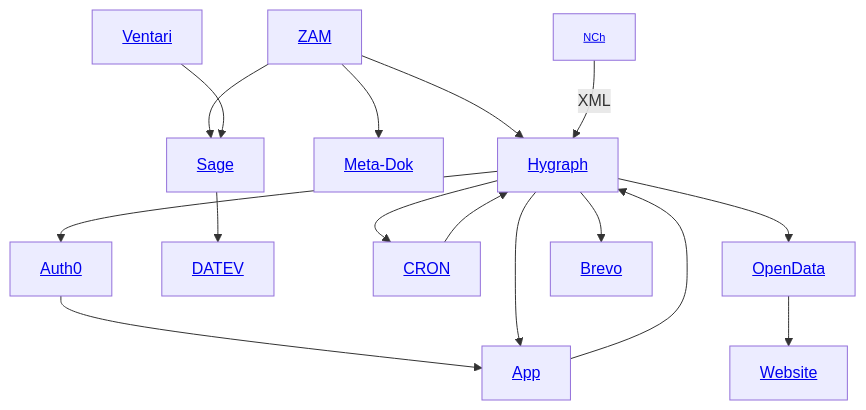
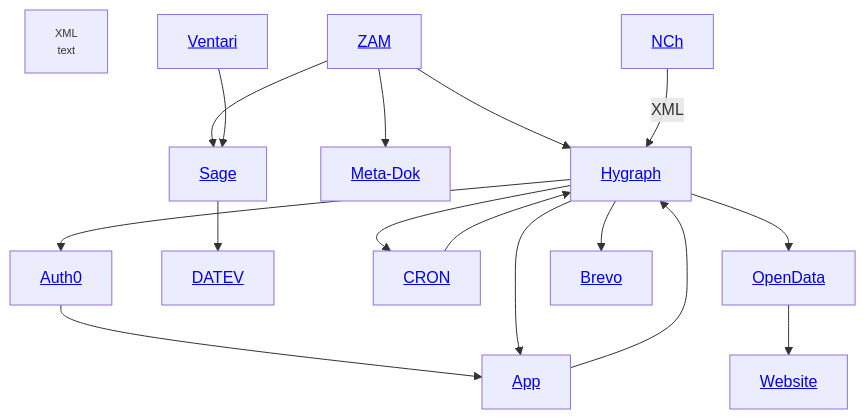
Before and after one commit to GDCh-de/docs: the diagram in infrastructure.md, drawn with Mermaid.

````diff
--- a/infrastructure.md
+++ b/infrastructure.md
@@ -3,13 +3,13 @@
 ```mermaid
 graph TD;
-  NCh[NCh<br>text]:::FixFont;
+  XML[XML<br>text]:::FixFont;
   classDef FixFont font-size:11px
   Hygraph[<a href='/GDCh-de/docs/blob/main/hygraph.md'>Hygraph</a>] --> Auth0[<a href='/GDCh-de/docs/blob/main/Auth0.md'>Auth0</a>] --> App[<a href='/GDCh-de/docs/blob/main/App.md'>App</a>] --> Hygraph --> App;
   ZAM[<a href='/GDCh-de/docs/blob/main/ZAM.md'>ZAM</a>] --> Meta-Dok[<a href='/GDCh-de/docs/blob/main/Meta-Dok.md'>Meta-Dok</a>];
   ZAM --> Sage[<a href='/GDCh-de/docs/blob/main/Sage.md'>Sage</a>] --> DATEV[<a href='/GDCh-de/docs/blob/main/DATEV.md'>DATEV</a>];
   Ventari[<a href='/GDCh-de/docs/blob/main/Ventari.md'>Ventari</a>] --> Sage;
   Hygraph --> Cron[<a href='/GDCh-de/docs/blob/main/CRON.md'>CRON</a>] --> Hygraph;
   ZAM --> Hygraph;
   Hygraph --> OpenData[<a href='/GDCh-de/docs/blob/main/OpenData.md'>OpenData</a>] --> Website[<a href='/GDCh-de/docs/blob/main/Website.md'>Website</a>];
   NCh[<a href='/GDCh-de/docs/blob/main/NCh.md'>NCh</a>] -->|XML| Hygraph --> Brevo[<a href='/GDCh-de/docs/blob/main/Brevo.md'>Brevo</a>]
 ```
````
